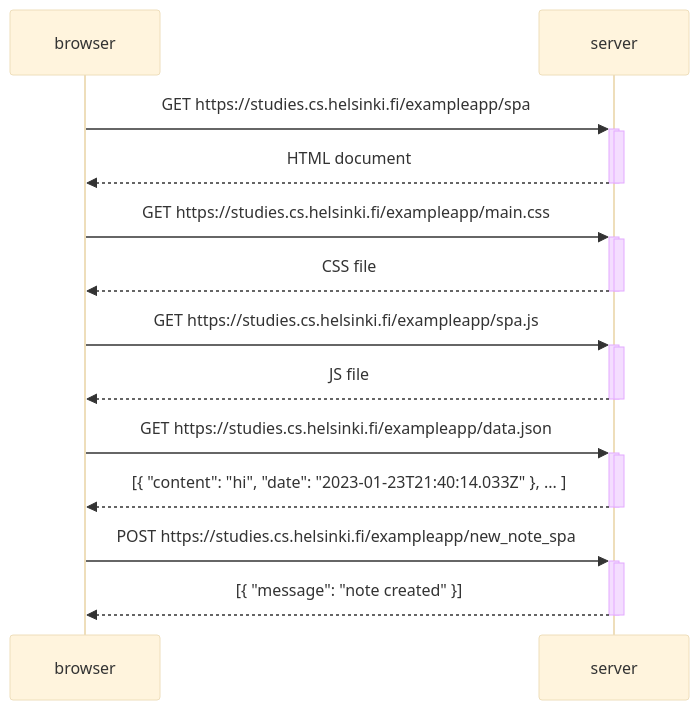
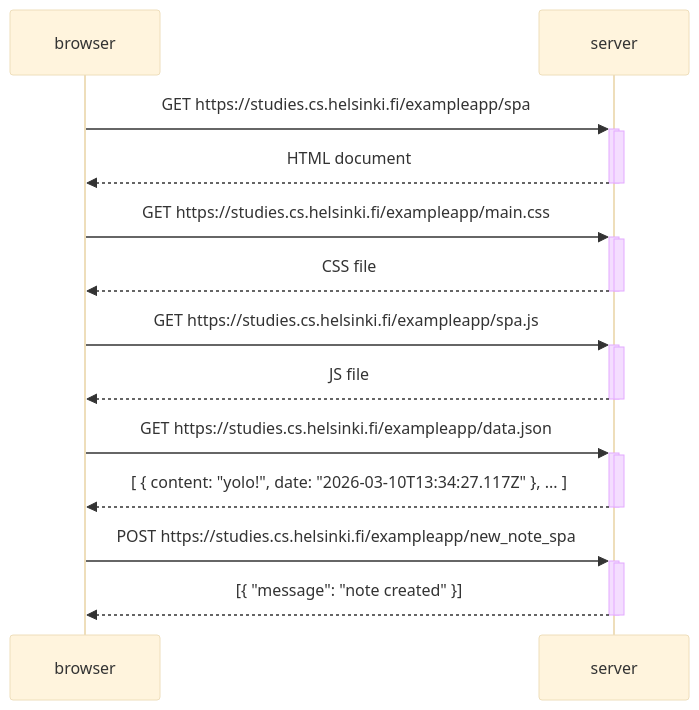
One commit to strasmus1/fullstack-open-part0 changed the diagram in exercise-0.6.md. Above: the diagram before and after it, drawn with Mermaid (base theme).

````diff
--- a/exercise-0.6.md
+++ b/exercise-0.6.md
@@ -1,27 +1,27 @@
 ```mermaid
   sequenceDiagram
     browser->>+server: GET https://studies.cs.helsinki.fi/exampleapp/spa
     activate server
     server-->>-browser: HTML document
     deactivate server
     
     browser->>+server: GET https://studies.cs.helsinki.fi/exampleapp/main.css
     activate server
     server-->>-browser: CSS file
     deactivate server
     
     browser->>+server: GET https://studies.cs.helsinki.fi/exampleapp/spa.js
     activate server
     server-->>-browser: JS file
     deactivate server
     
     browser->>+server: GET https://studies.cs.helsinki.fi/exampleapp/data.json
     activate server
-    server-->>-browser: [{ "content": "hi", "date": "2023-01-23T21:40:14.033Z" }, ... ]
+    server-->>-browser: [	{ content: "yolo!", date: "2026-03-10T13:34:27.117Z" }, ... ]
     deactivate server
 
     browser->>+server: POST https://studies.cs.helsinki.fi/exampleapp/new_note_spa
     activate server
     server-->>-browser: [{ "message": "note created" }]
     deactivate server
  ```
````
